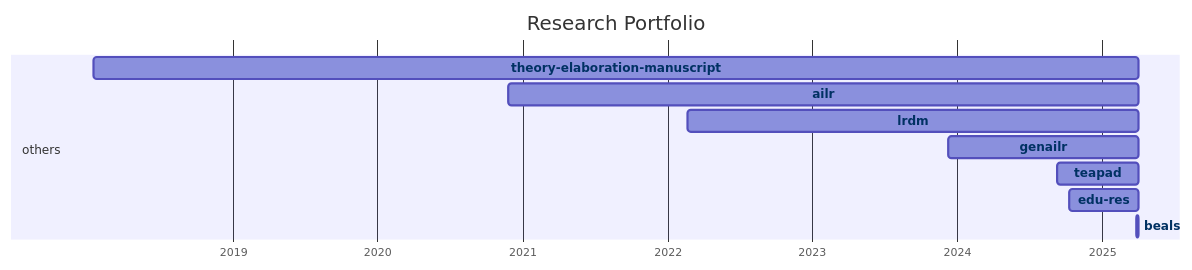
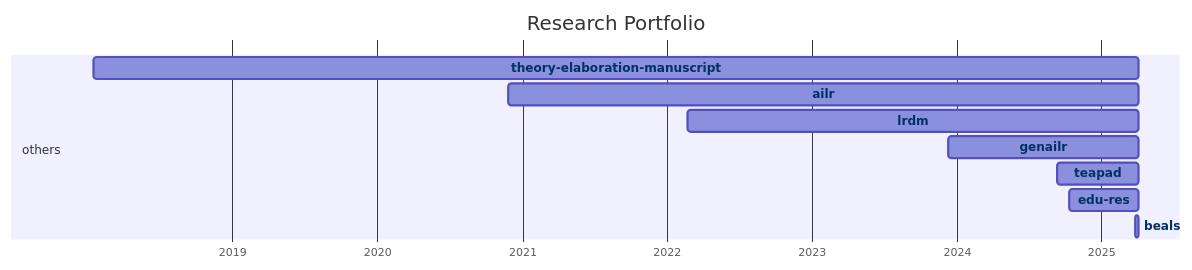
Before and after one commit to digital-work-lab/handbook: the diagram in docs/20-research/25-projects-gantt.md, drawn with Mermaid.

Commit message:
Update repository overview

````diff
--- a/docs/20-research/25-projects-gantt.md
+++ b/docs/20-research/25-projects-gantt.md
@@ -8,33 +8,33 @@
 ```mermaid
 ---
 displayMode: compact
 ---
 gantt
 title Research Portfolio
 dateFormat YYYY-MM-DD
 axisFormat %Y
 
     section work_practices
 
     section distributed_organizing
 
     section knowledge_synthesis
 
     section others
-        beals :beals, 2025-03-28, 2025-04-03
-        edu-res :edu-res, 2024-10-10, 2025-04-03
-        teapad :teapad, 2024-09-10, 2025-04-03
-        genailr :genailr, 2023-12-10, 2025-04-03
-        lrdm :lrdm, 2022-02-20, 2025-04-03
-        ailr :ailr, 2020-11-26, 2025-04-03
-        theory-elaboration-manuscript :theory-elaboration-manuscript, 2018-01-15, 2025-04-03
+        beals :beals, 2025-03-28, 2025-04-04
+        edu-res :edu-res, 2024-10-10, 2025-04-04
+        teapad :teapad, 2024-09-10, 2025-04-04
+        genailr :genailr, 2023-12-10, 2025-04-04
+        lrdm :lrdm, 2022-02-20, 2025-04-04
+        ailr :ailr, 2020-11-26, 2025-04-04
+        theory-elaboration-manuscript :theory-elaboration-manuscript, 2018-01-15, 2025-04-04
 
 
     click beals href "{{ site.baseurl }}/docs/20-research/25-projects/_repos/beals"
     click edu-res href "{{ site.baseurl }}/docs/20-research/25-projects/_repos/edu-res"
     click teapad href "{{ site.baseurl }}/docs/20-research/25-projects/_repos/teapad"
     click genailr href "{{ site.baseurl }}/docs/20-research/25-projects/_repos/genailr"
     click lrdm href "{{ site.baseurl }}/docs/20-research/25-projects/_repos/lrdm"
     click ailr href "{{ site.baseurl }}/docs/20-research/25-projects/_repos/ailr"
     click theory-elaboration-manuscript href "{{ site.baseurl }}/docs/20-research/25-projects/_repos/theory-elaboration-manuscript"
 ```
````
